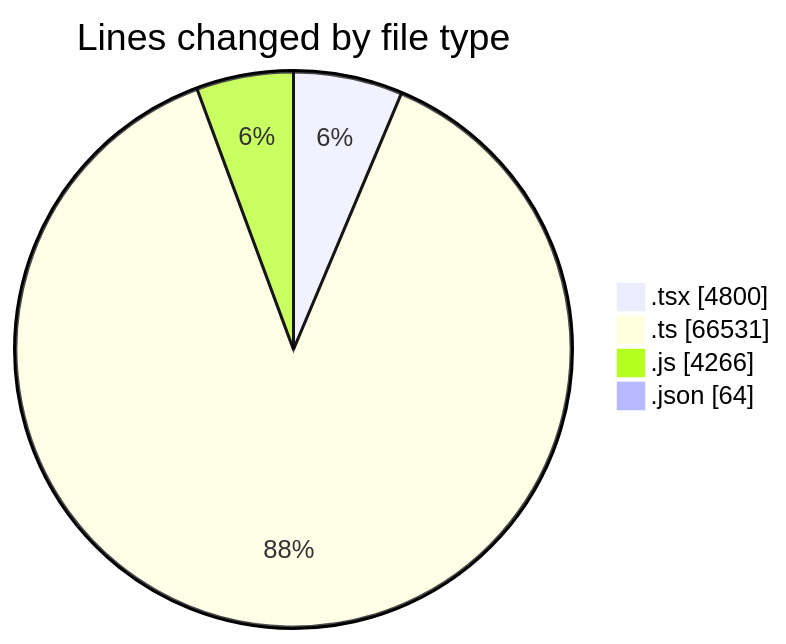
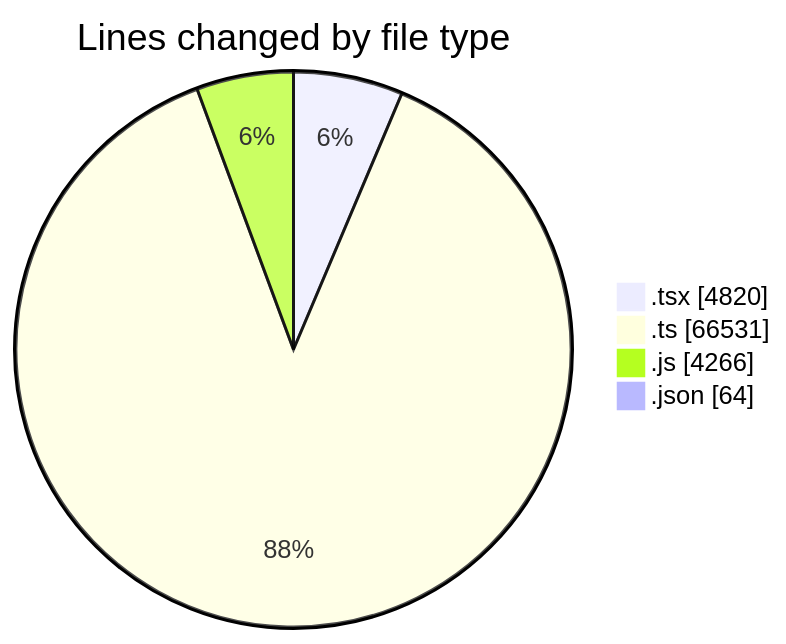
One commit to momahboobian/code-tracking changed the first of 2 diagrams in 2026-07-30/cda/README.md. Above: the diagram before and after it, drawn with Mermaid. The commit also changed other lines of this file and 1 other file, not shown here.

````diff
--- a/2026-07-30/cda/README.md
+++ b/2026-07-30/cda/README.md
@@ -54,8 +54,8 @@
 ```mermaid
 pie showData
 title Lines changed by file type
-".tsx" : 4800
+".tsx" : 4820
 ".ts" : 66531
 ".js" : 4266
 ".json" : 64
 ```
````
